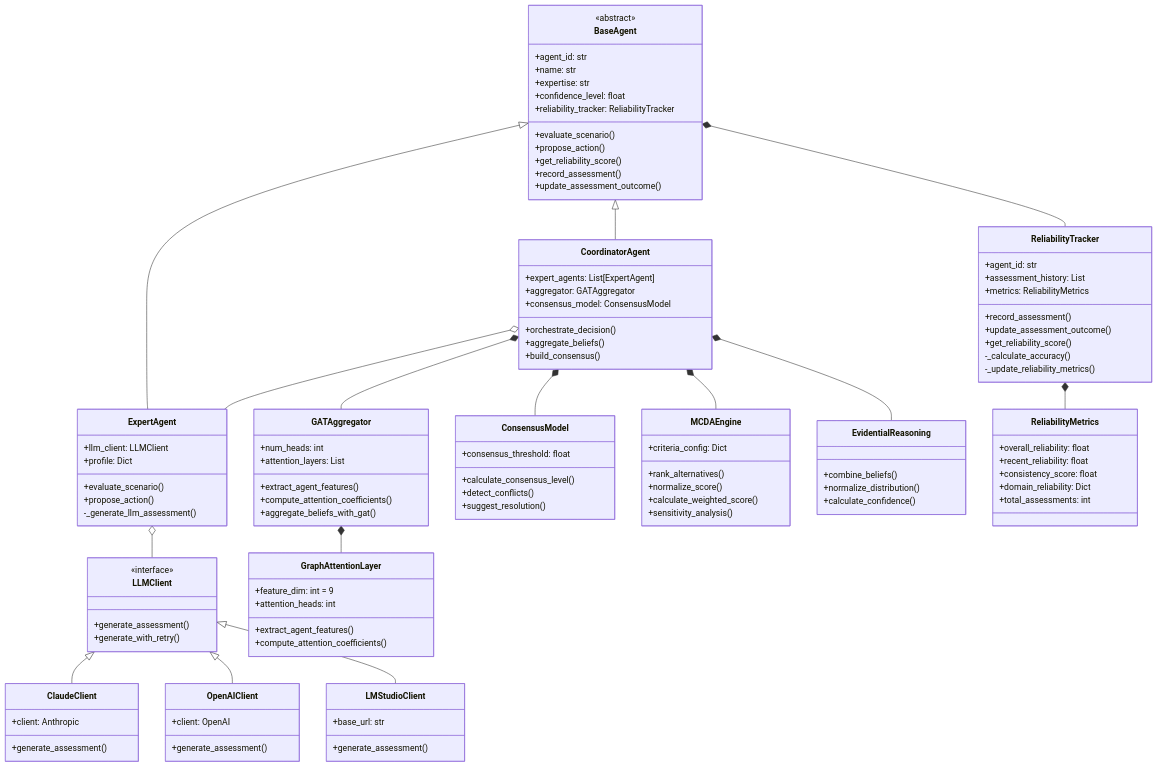
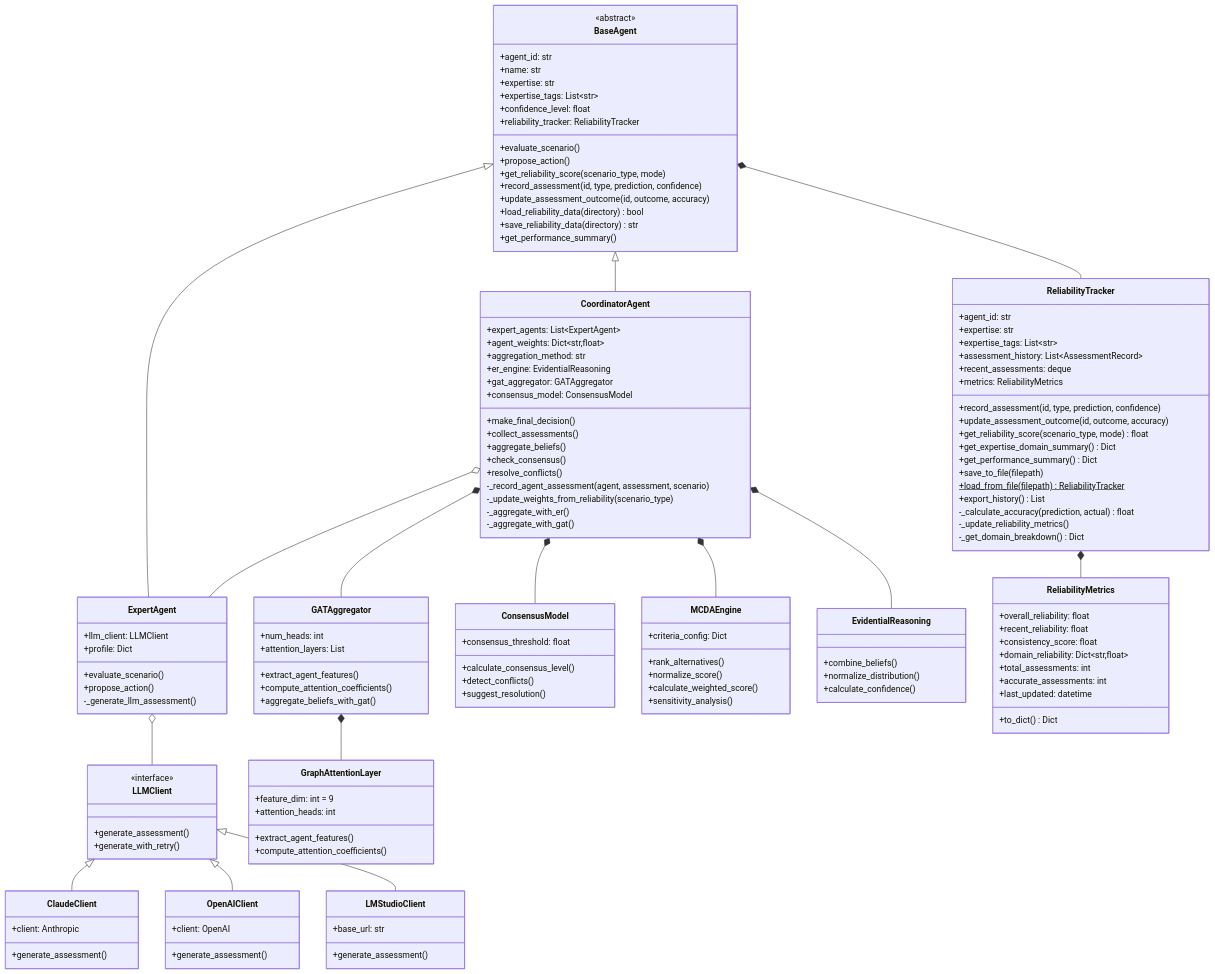
One commit to kerbgr/crisis_mas_poc changed diagram 21 of 22 in ARCHITECTURE_DIAGRAMS.md. Above: the diagram before and after it, drawn with Mermaid. The commit also changed other lines of this file and 4 other files, not shown here.

Commit message:
relaibility_tracker optimisation and updates on mermaids

```diff
--- a/ARCHITECTURE_DIAGRAMS.md
+++ b/ARCHITECTURE_DIAGRAMS.md
@@ -1009,13 +1179,17 @@
         +agent_id: str
         +name: str
         +expertise: str
+        +expertise_tags: List~str~
         +confidence_level: float
         +reliability_tracker: ReliabilityTracker
         +evaluate_scenario()
         +propose_action()
-        +get_reliability_score()
-        +record_assessment()
-        +update_assessment_outcome()
+        +get_reliability_score(scenario_type, mode)
+        +record_assessment(id, type, prediction, confidence)
+        +update_assessment_outcome(id, outcome, accuracy)
+        +load_reliability_data(directory) bool
+        +save_reliability_data(directory) str
+        +get_performance_summary()
     }
 
     class ExpertAgent {
@@ -1027,31 +1201,52 @@
     }
 
     class CoordinatorAgent {
-        +expert_agents: List[ExpertAgent]
-        +aggregator: GATAggregator
+        +expert_agents: List~ExpertAgent~
+        +agent_weights: Dict~str,float~
+        +aggregation_method: str
+        +er_engine: EvidentialReasoning
+        +gat_aggregator: GATAggregator
         +consensus_model: ConsensusModel
-        +orchestrate_decision()
+        +make_final_decision()
+        +collect_assessments()
         +aggregate_beliefs()
-        +build_consensus()
+        +check_consensus()
+        +resolve_conflicts()
+        -_record_agent_assessment(agent, assessment, scenario)
+        -_update_weights_from_reliability(scenario_type)
+        -_aggregate_with_er()
+        -_aggregate_with_gat()
     }
 
     class ReliabilityTracker {
         +agent_id: str
-        +assessment_history: List
+        +expertise: str
+        +expertise_tags: List~str~
+        +assessment_history: List~AssessmentRecord~
+        +recent_assessments: deque
         +metrics: ReliabilityMetrics
-        +record_assessment()
-        +update_assessment_outcome()
-        +get_reliability_score()
-        -_calculate_accuracy()
+        +record_assessment(id, type, prediction, confidence)
+        +update_assessment_outcome(id, outcome, accuracy)
+        +get_reliability_score(scenario_type, mode) float
+        +get_expertise_domain_summary() Dict
+        +get_performance_summary() Dict
+        +save_to_file(filepath)
+        +load_from_file(filepath)$ ReliabilityTracker
+        +export_history() List
+        -_calculate_accuracy(prediction, actual) float
         -_update_reliability_metrics()
+        -_get_domain_breakdown() Dict
     }
 
     class ReliabilityMetrics {
         +overall_reliability: float
         +recent_reliability: float
         +consistency_score: float
-        +domain_reliability: Dict
+        +domain_reliability: Dict~str,float~
         +total_assessments: int
+        +accurate_assessments: int
+        +last_updated: datetime
+        +to_dict() Dict
     }
 
     class GATAggregator {
```
